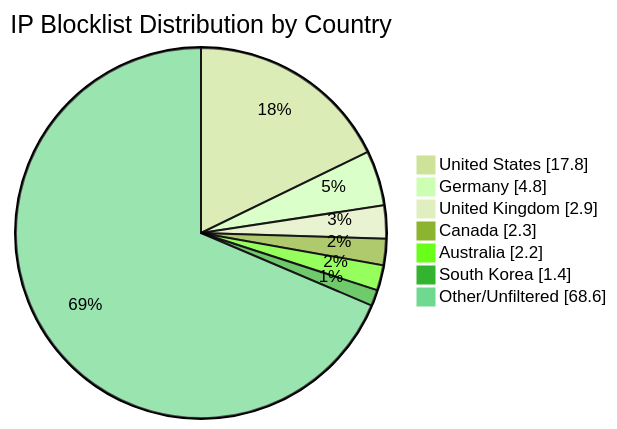
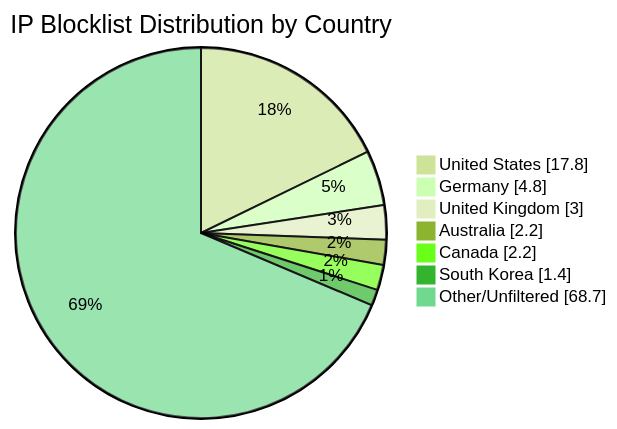
One commit to MarcusHoltz/ipblocklist-geofiltered-aggregator changed the diagram in README.md. Above: the diagram before and after it, drawn with Mermaid (forest theme). The commit also changed other lines of this file and 9 other files, not shown here.

````diff
--- a/README.md
+++ b/README.md
@@ -34,10 +34,10 @@
 ```mermaid
 pie showData title IP Blocklist Distribution by Country
 "United States" : 17.8
 "Germany" : 4.8
-"United Kingdom" : 2.9
-"Canada" : 2.3
+"United Kingdom" : 3.0
 "Australia" : 2.2
+"Canada" : 2.2
 "South Korea" : 1.4
-"Other/Unfiltered" : 68.6
+"Other/Unfiltered" : 68.7
 ```
````
